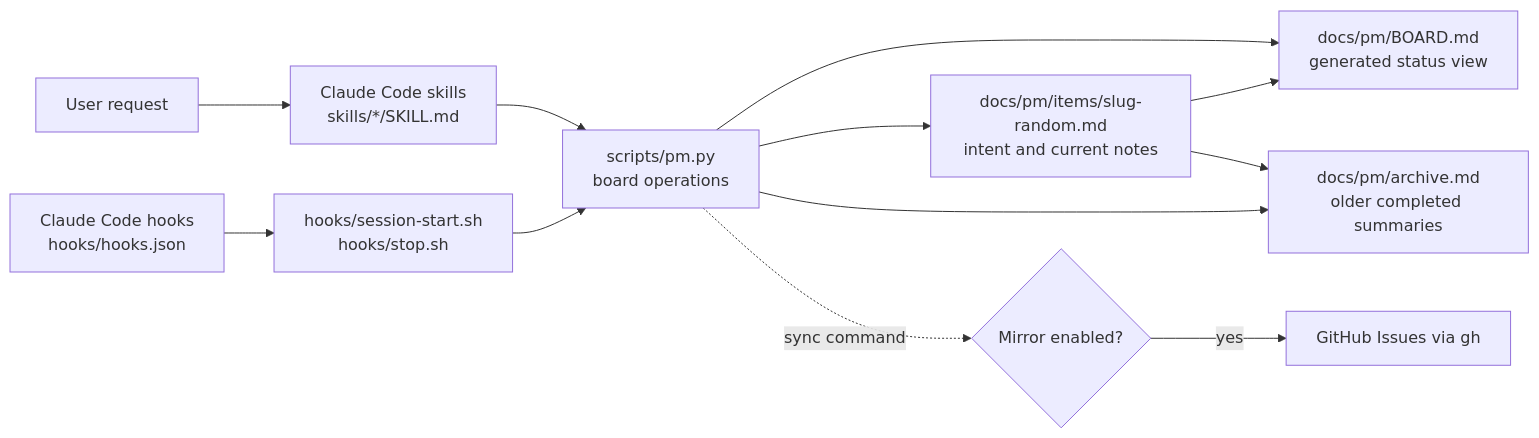
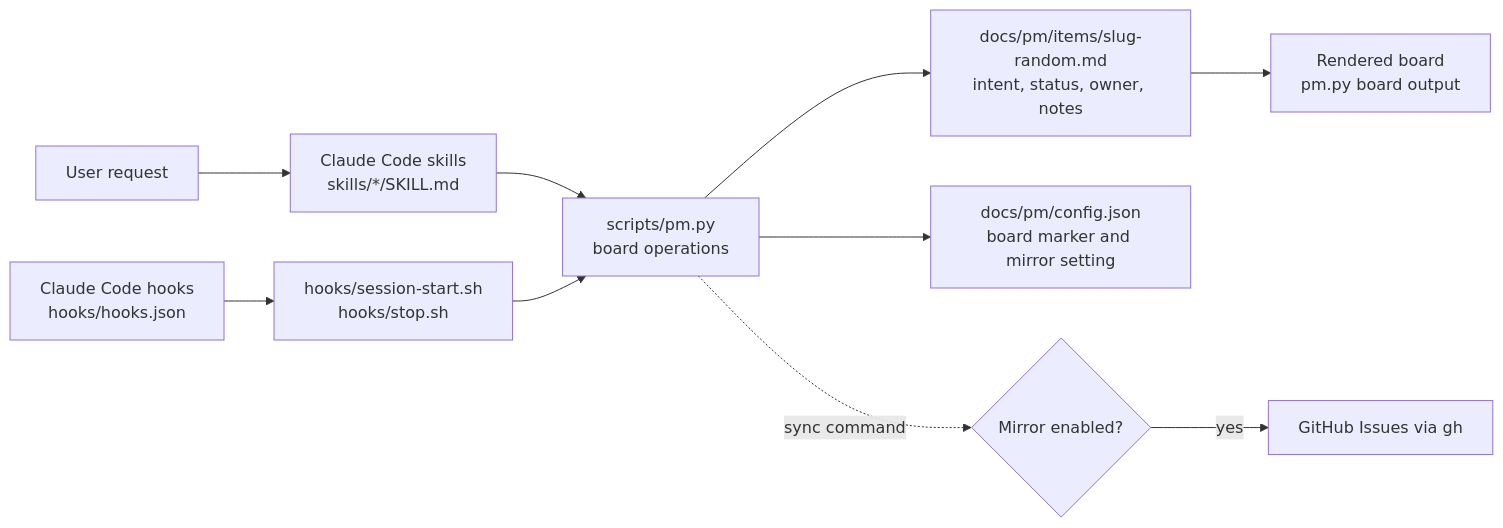
Before and after one commit to yehezkieled/pm-plugin: the first of 2 diagrams in docs/architecture.md, drawn with Mermaid. The commit also changed other lines of this file and 10 other files, not shown here.

````diff
--- a/docs/architecture.md
+++ b/docs/architecture.md
@@ -7,14 +7,12 @@
 ```mermaid
 flowchart LR
   U[User request] --> S[Claude Code skills<br/>skills/*/SKILL.md]
   S --> C[scripts/pm.py<br/>board operations]
-  C --> B[docs/pm/BOARD.md<br/>generated status view]
-  C --> I[docs/pm/items/slug-random.md<br/>intent and current notes]
-  C --> A[docs/pm/archive.md<br/>older completed summaries]
+  C --> I[docs/pm/items/slug-random.md<br/>intent, status, owner, notes]
+  C --> K[docs/pm/config.json<br/>board marker and mirror setting]
+  I --> B[Rendered board<br/>pm.py board output]
   H[Claude Code hooks<br/>hooks/hooks.json] --> SH[hooks/session-start.sh<br/>hooks/stop.sh]
   SH --> C
   G{Mirror enabled?} -->|yes| GH[GitHub Issues via gh]
   C -. sync command .-> G
-  I --> B
-  I --> A
 ```
````
